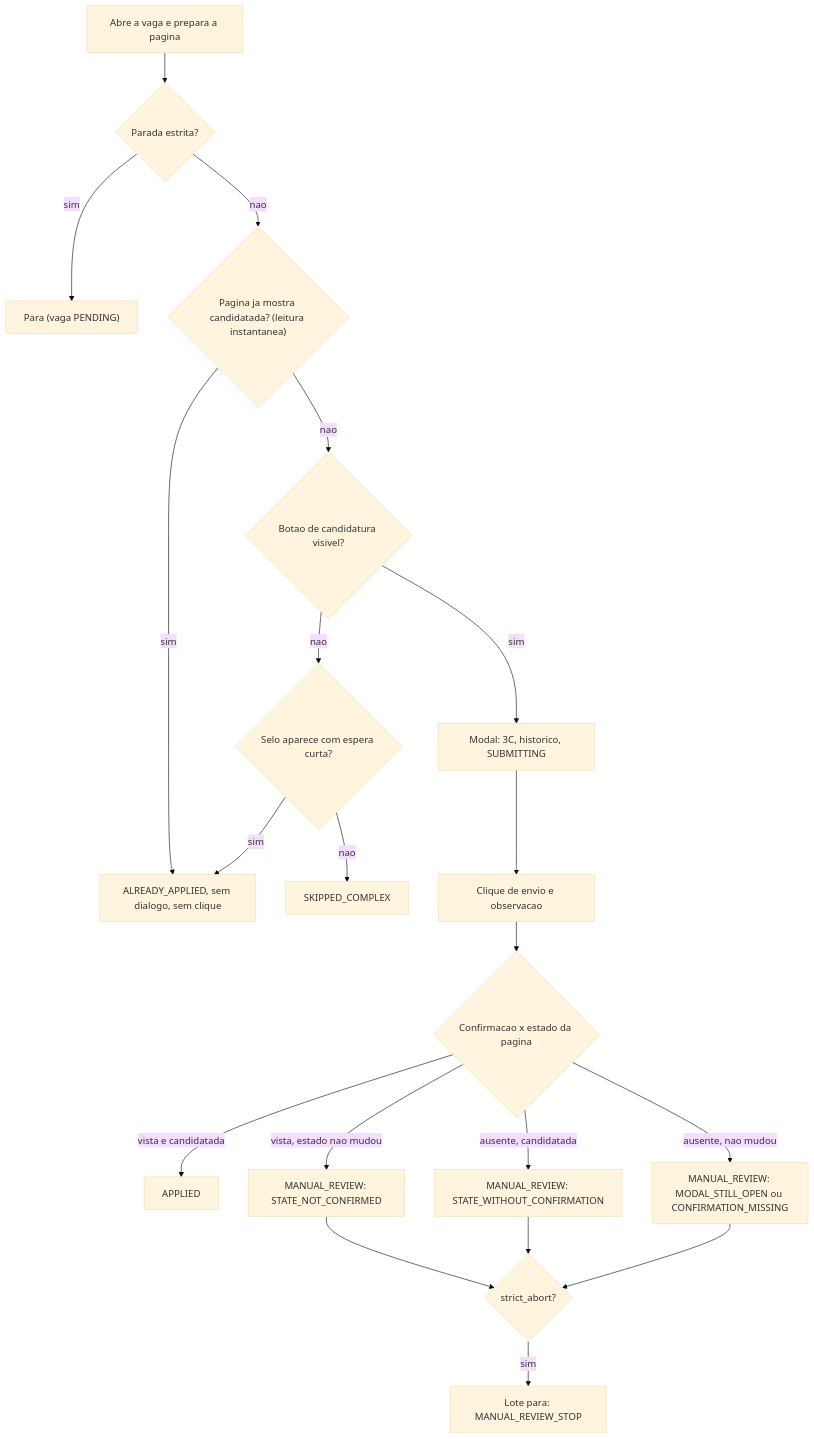
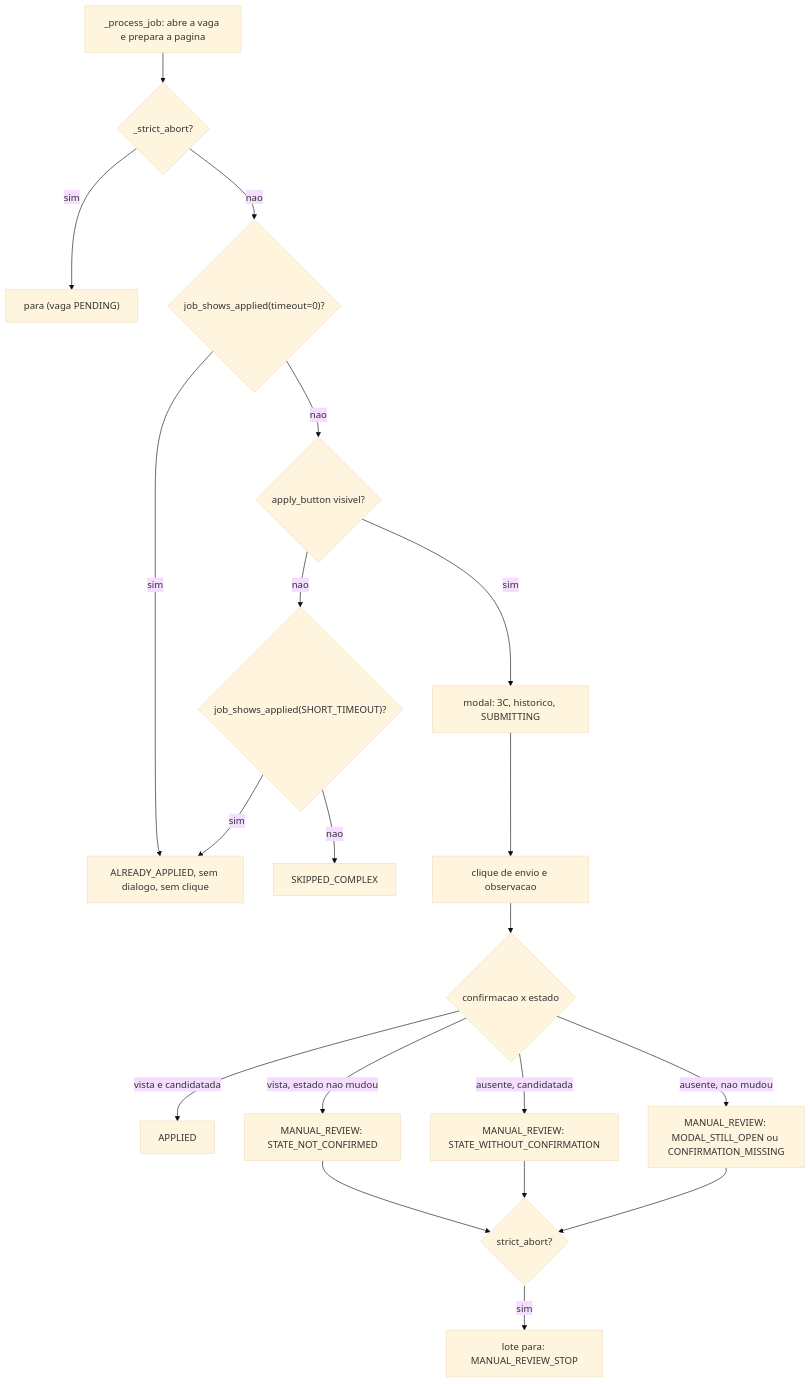
One commit to nicolas-oliveira/ai-hawk changed the first of 4 diagrams in NOTAS.md. Above: the diagram before and after it, drawn with Mermaid (base theme). The commit also changed other lines of this file, not shown here.

````diff
--- a/NOTAS.md
+++ b/NOTAS.md
@@ -128,21 +82,21 @@
 ```mermaid
 flowchart TD
-  OPEN["Abre a vaga e prepara a pagina"] --> SA{"Parada estrita?"}
-  SA -->|sim| F0["Para (vaga PENDING)"]
-  SA -->|nao| S0{"Pagina ja mostra candidatada? (leitura instantanea)"}
+  OPEN["_process_job: abre a vaga e prepara a pagina"] --> SA{"_strict_abort?"}
+  SA -->|sim| F0["para (vaga PENDING)"]
+  SA -->|nao| S0{"job_shows_applied(timeout=0)?"}
   S0 -->|sim| AA["ALREADY_APPLIED, sem dialogo, sem clique"]
-  S0 -->|nao| BTN{"Botao de candidatura visivel?"}
-  BTN -->|nao| S1{"Selo aparece com espera curta?"}
+  S0 -->|nao| BTN{"apply_button visivel?"}
+  BTN -->|nao| S1{"job_shows_applied(SHORT_TIMEOUT)?"}
   S1 -->|sim| AA
   S1 -->|nao| SK["SKIPPED_COMPLEX"]
-  BTN -->|sim| MODAL["Modal: 3C, historico, SUBMITTING"] --> ENV["Clique de envio e observacao"]
-  ENV --> COMB{"Confirmacao x estado da pagina"}
+  BTN -->|sim| MODAL["modal: 3C, historico, SUBMITTING"] --> ENV["clique de envio e observacao"]
+  ENV --> COMB{"confirmacao x estado"}
   COMB -->|"vista e candidatada"| OK["APPLIED"]
   COMB -->|"vista, estado nao mudou"| M1["MANUAL_REVIEW: STATE_NOT_CONFIRMED"]
   COMB -->|"ausente, candidatada"| M2["MANUAL_REVIEW: STATE_WITHOUT_CONFIRMATION"]
   COMB -->|"ausente, nao mudou"| M3["MANUAL_REVIEW: MODAL_STILL_OPEN ou CONFIRMATION_MISSING"]
   M1 --> P{"strict_abort?"}
   M2 --> P
   M3 --> P
-  P -->|sim| PARA["Lote para: MANUAL_REVIEW_STOP"]
+  P -->|sim| PARA["lote para: MANUAL_REVIEW_STOP"]
 ```
````
